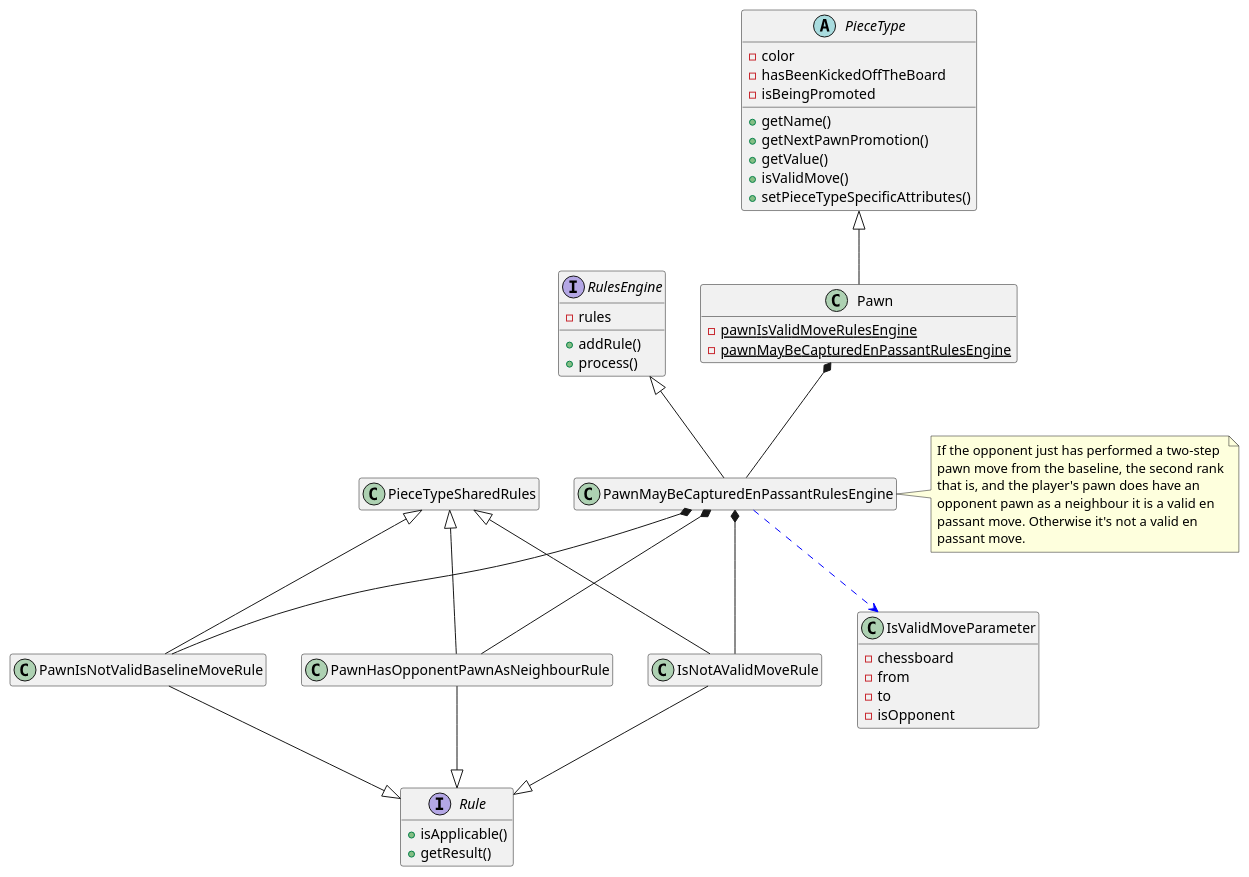
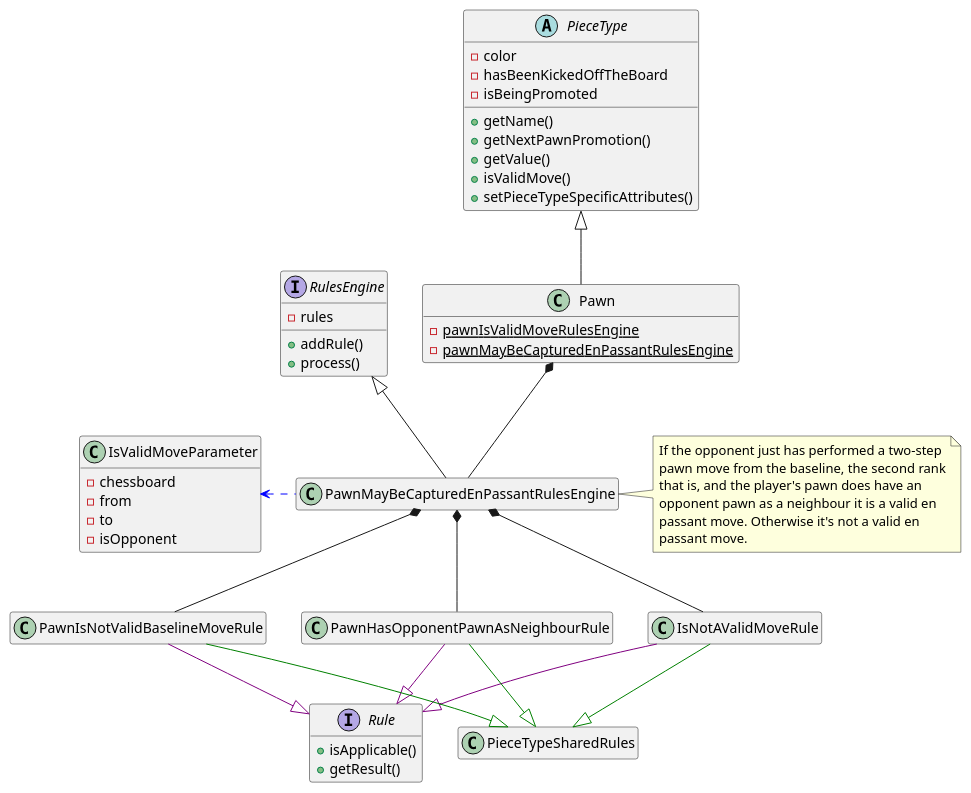
One commit to tiktaalick/chess-with-database changed the diagram in game/src/main/resources/uml/pawnMayBeCapturedEnPassant.puml. Above: the diagram before and after it, drawn with PlantUML. The commit also changed 2 other files, not shown here.

Commit message:
* Added a PlantUML class diagram describing the ai package.

```diff
--- a/game/src/main/resources/uml/pawnMayBeCapturedEnPassant.puml
+++ b/game/src/main/resources/uml/pawnMayBeCapturedEnPassant.puml
@@ -1,78 +1,78 @@
 @startuml
 
 '--------------'
 'Hidden members'
 '--------------'
 hide empty members
 
 '----'
 'Move'
 '----'
 abstract class PieceType {
     - color
     - hasBeenKickedOffTheBoard
     - isBeingPromoted
     + getName()
     + getNextPawnPromotion()
     + getValue()
     + isValidMove()
     + setPieceTypeSpecificAttributes()
 }
 
 class Pawn {
     - {static} pawnIsValidMoveRulesEngine
     - {static} pawnMayBeCapturedEnPassantRulesEngine
 }
 
 class IsValidMoveParameter {
     - chessboard
     - from
     - to
     - isOpponent
 }
 
 interface RulesEngine {
     - rules
     + addRule()
     + process()
 }
 
 interface Rule {
     + isApplicable()
     + getResult()
 }
 
 '---------'
 'Relations'
 '---------'
 PieceType <|-down- Pawn
 
 Pawn *-down- PawnMayBeCapturedEnPassantRulesEngine
 PawnMayBeCapturedEnPassantRulesEngine -up-|> RulesEngine
-PawnMayBeCapturedEnPassantRulesEngine .[#blue].> IsValidMoveParameter
+PawnMayBeCapturedEnPassantRulesEngine .left[#blue].> IsValidMoveParameter
 
 PawnIsNotValidBaselineMoveRule -up-* PawnMayBeCapturedEnPassantRulesEngine
 PawnHasOpponentPawnAsNeighbourRule -up-* PawnMayBeCapturedEnPassantRulesEngine
 IsNotAValidMoveRule -up-* PawnMayBeCapturedEnPassantRulesEngine
 
-PawnIsNotValidBaselineMoveRule -down-|> Rule
-PawnHasOpponentPawnAsNeighbourRule -down-|> Rule
-IsNotAValidMoveRule -down-|> Rule
+PawnIsNotValidBaselineMoveRule -down[#purple]-|> Rule
+PawnHasOpponentPawnAsNeighbourRule -down[#purple]-|> Rule
+IsNotAValidMoveRule -down[#purple]-|> Rule
 
-PawnIsNotValidBaselineMoveRule -up-|> PieceTypeSharedRules
-PawnHasOpponentPawnAsNeighbourRule -up-|> PieceTypeSharedRules
-IsNotAValidMoveRule -up-|> PieceTypeSharedRules
+PawnIsNotValidBaselineMoveRule -down[#green]-|> PieceTypeSharedRules
+PawnHasOpponentPawnAsNeighbourRule -down[#green]-|> PieceTypeSharedRules
+IsNotAValidMoveRule -down[#green]-|> PieceTypeSharedRules
 
 '-----'
 'Notes'
 '-----'
 note right of PawnMayBeCapturedEnPassantRulesEngine {
     If the opponent just has performed a two-step
     pawn move from the baseline, the second rank
     that is, and the player's pawn does have an
     opponent pawn as a neighbour it is a valid en
     passant move. Otherwise it's not a valid en
     passant move.
 }
 
 @enduml
```
